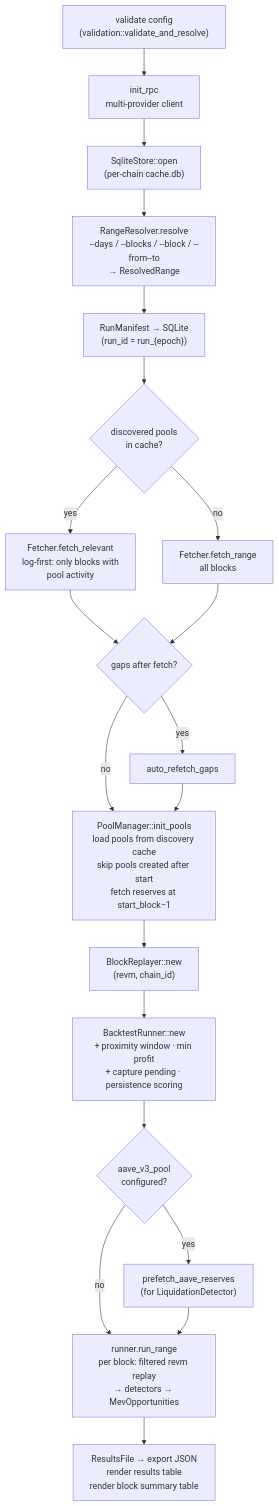
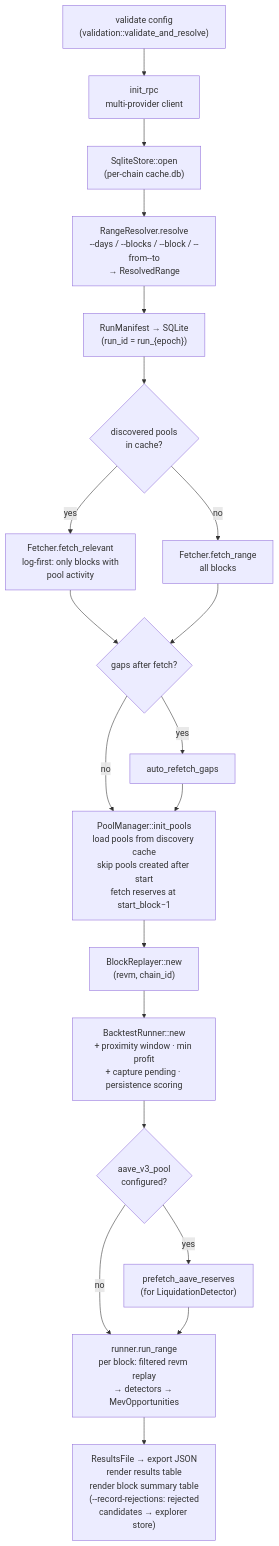
The second of 13 diagrams in docs/ARCHITECTURE.md (moha-moradi/mev-scout), drawn with Mermaid before and after one commit. The commit also changed other lines of this file and 33 other files, not shown here.

````diff
--- a/docs/ARCHITECTURE.md
+++ b/docs/ARCHITECTURE.md
@@ -119,22 +128,22 @@
 ```mermaid
 flowchart TB
     A["validate config<br/>(validation::validate_and_resolve)"] --> B["init_rpc<br/>multi-provider client"]
     B --> C["SqliteStore::open<br/>(per-chain cache.db)"]
     C --> D["RangeResolver.resolve<br/>--days / --blocks / --block / --from--to<br/>→ ResolvedRange"]
     D --> E["RunManifest → SQLite<br/>(run_id = run_{epoch})"]
     E --> F{"discovered pools<br/>in cache?"}
     F -- "yes" --> G["Fetcher.fetch_relevant<br/>log-first: only blocks with<br/>pool activity"]
     F -- "no" --> H["Fetcher.fetch_range<br/>all blocks"]
     G --> I{"gaps after fetch?"}
     H --> I
     I -- yes --> J["auto_refetch_gaps"]
     I -- no --> K
     J --> K["PoolManager::init_pools<br/>load pools from discovery cache<br/>skip pools created after start<br/>fetch reserves at start_block−1"]
     K --> L["BlockReplayer::new<br/>(revm, chain_id)"]
     L --> M["BacktestRunner::new<br/>+ proximity window · min profit<br/>+ capture pending · persistence scoring"]
     M --> N{"aave_v3_pool<br/>configured?"}
     N -- yes --> O["prefetch_aave_reserves<br/>(for LiquidationDetector)"]
     N -- no --> P
     O --> P["runner.run_range<br/>per block: filtered revm replay<br/>→ detectors → MevOpportunities"]
-    P --> Q["ResultsFile → export JSON<br/>render results table<br/>render block summary table"]
+    P --> Q["ResultsFile → export JSON<br/>render results table<br/>render block summary table<br/>(--record-rejections: rejected<br/>candidates → explorer store)"]
 ```
````
